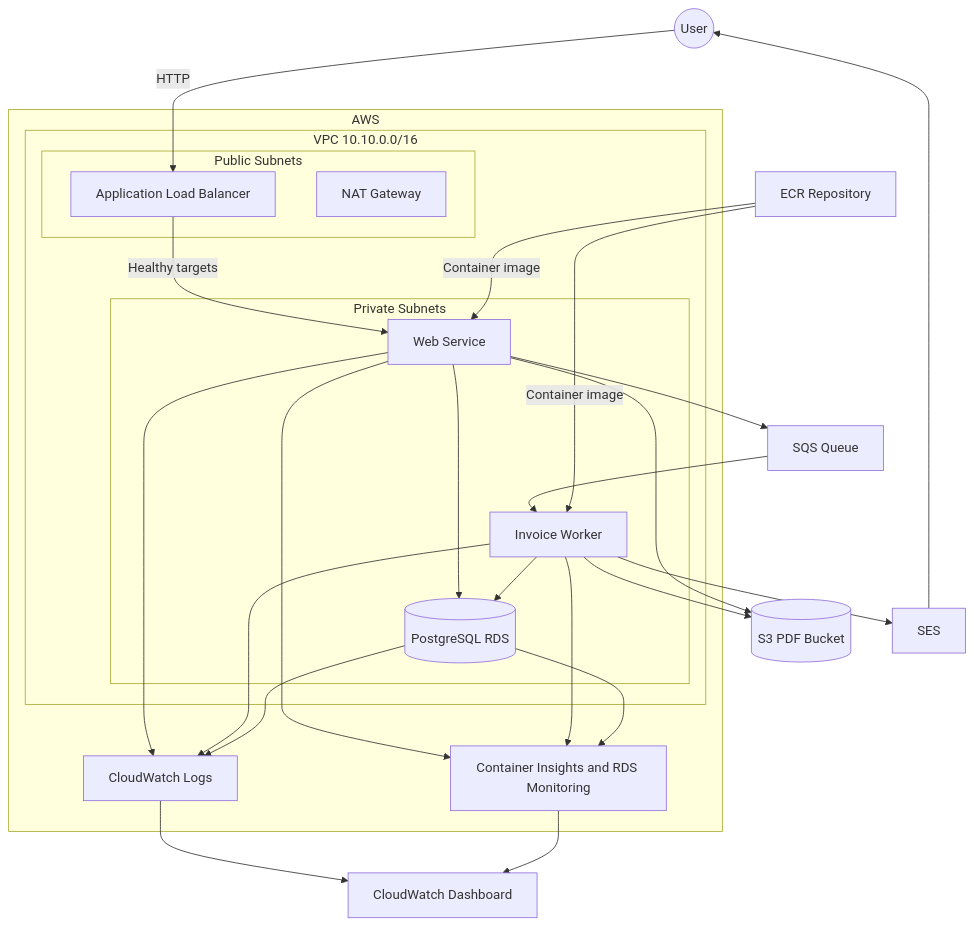
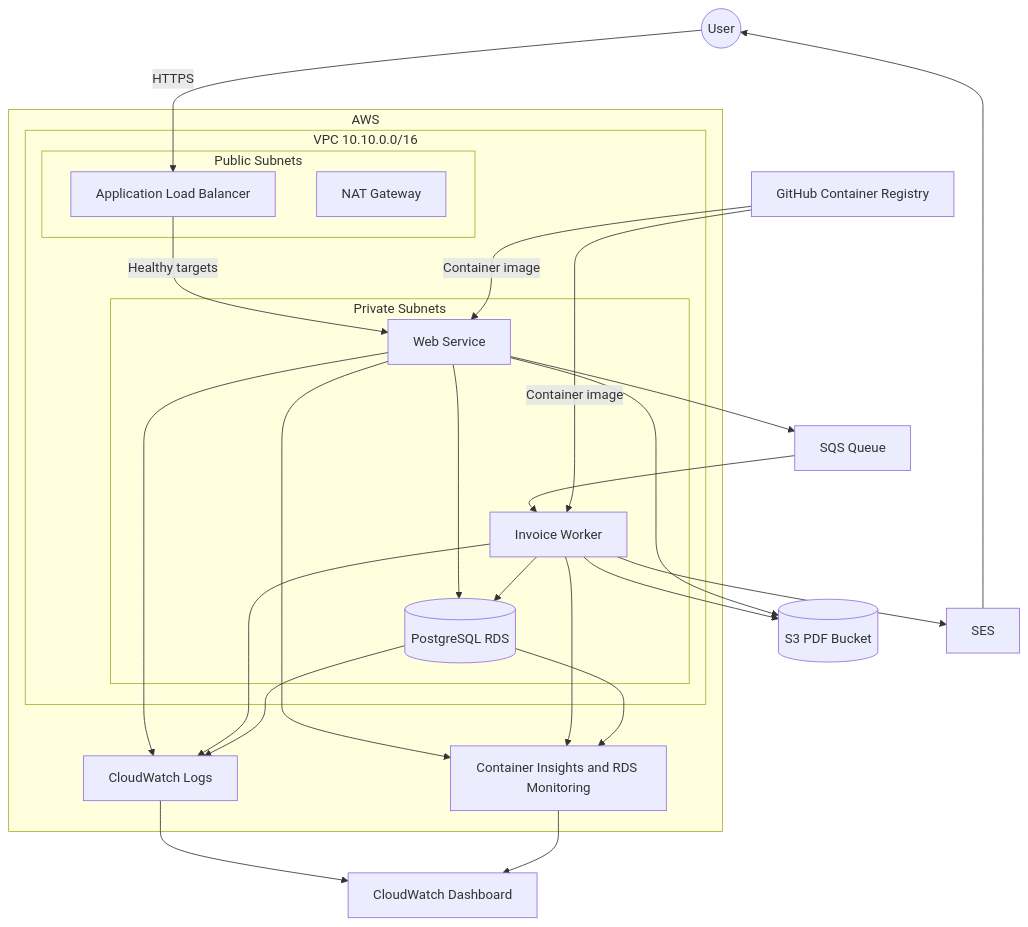
Before and after one commit to AWS-User-Group-La-Paz/muyu-invoice-infrastructure: the diagram in README.md, drawn with Mermaid. The commit also changed other lines of this file and 15 other files, not shown here.

````diff
--- a/README.md
+++ b/README.md
@@ -9,48 +9,48 @@
 ```mermaid
 flowchart TB
     user((User))
-    ecr[ECR Repository]
+    ghcr[GitHub Container Registry]
     queue[SQS Queue]
     bucket[(S3 PDF Bucket)]
     email[SES]
     dashboard[CloudWatch Dashboard]
 
     subgraph aws[AWS]
         subgraph vpc[VPC 10.10.0.0/16]
             subgraph public[Public Subnets]
                 alb[Application Load Balancer]
                 nat[NAT Gateway]
             end
 
             subgraph private[Private Subnets]
                 web[Web Service]
                 worker[Invoice Worker]
                 rds[(PostgreSQL RDS)]
             end
         end
 
         logs[CloudWatch Logs]
         insights[Container Insights and RDS Monitoring]
     end
 
-    user -->|HTTP| alb
+    user -->|HTTPS| alb
     alb -->|Healthy targets| web
     web --> queue
     queue --> worker
     web --> rds
     worker --> rds
     worker --> bucket
     web --> bucket
     worker --> email
     email --> user
-    ecr -->|Container image| web
-    ecr -->|Container image| worker
+    ghcr -->|Container image| web
+    ghcr -->|Container image| worker
     web --> logs
     worker --> logs
     rds --> logs
     web --> insights
     worker --> insights
     rds --> insights
     logs --> dashboard
     insights --> dashboard
 ```
````
